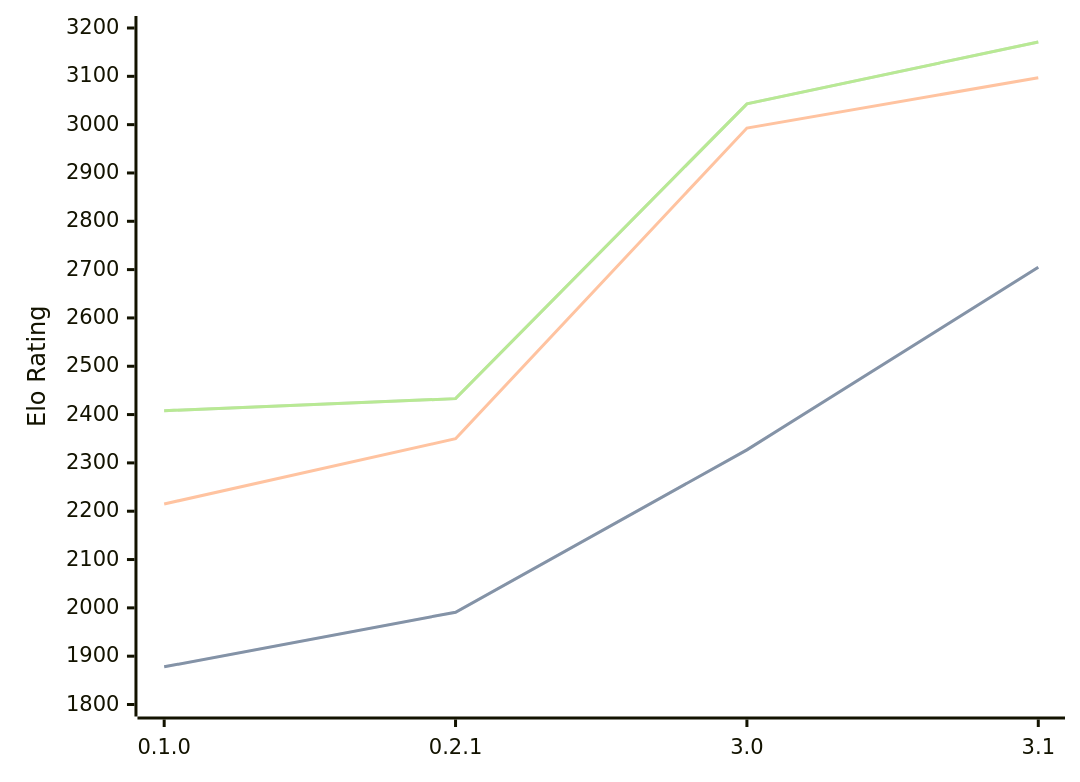
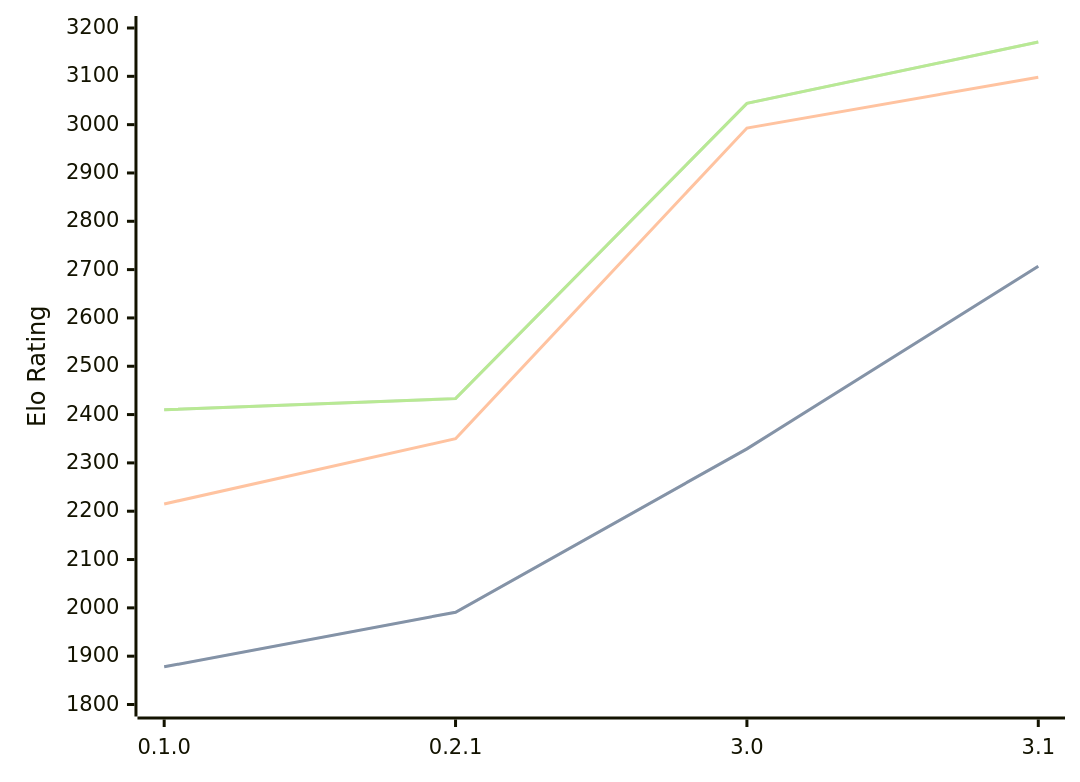
Before and after one commit to computer-chess-index/cci: the diagram in engines/Sykora.md, drawn with Mermaid. The commit also changed other lines of this file, not shown here.

Commit message:
Update CCI Ratings (ELO VLTC) - 2026-07-24

````diff
--- a/engines/Sykora.md
+++ b/engines/Sykora.md
@@ -35,11 +35,11 @@
 ```mermaid
 %%{init: {"theme":"base","themeVariables":{"seriesColors:['#a3a3a3','#222221','#faa371']}}}%%
 xychart-beta
   x-axis ["0.1.0", "0.2.1", "3.0", "3.1"]
   y-axis "Elo Rating" 1800 --> 3200
-  line "STC (8.0+0.08s)" [1878, 1991, 2327, 2705]
-  line "STC (8.0+0.08s)" [1878, 1991, 2327, 2705]
-  line "LTC (60.0+0.60s)" [2215, 2350, 2993, 3097]
-  line "VLTC (2m24s+1.12s)" [2408, 2433, 3043, 3171]
-  line "VLTC (2m24s+1.12s)" [2408, 2433, 3043, 3171]
+  line "STC (8.0+0.08s)" [1878, 1991, 2329, 2707]
+  line "STC (8.0+0.08s)" [1878, 1991, 2329, 2707]
+  line "LTC (60.0+0.60s)" [2215, 2350, 2993, 3098]
+  line "VLTC (2m24s+1.12s)" [2410, 2433, 3044, 3171]
+  line "VLTC (2m24s+1.12s)" [2410, 2433, 3044, 3171]
 ```
````
